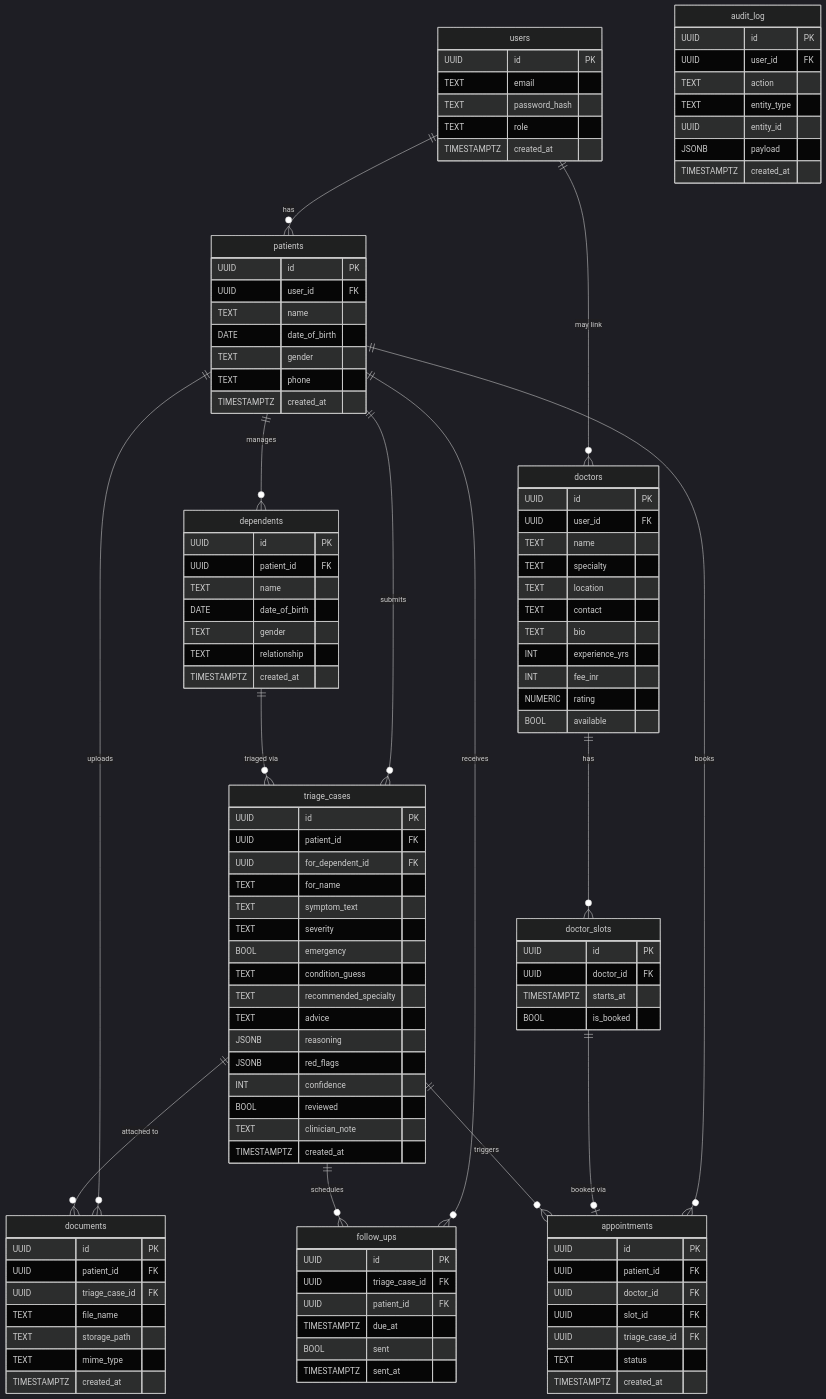
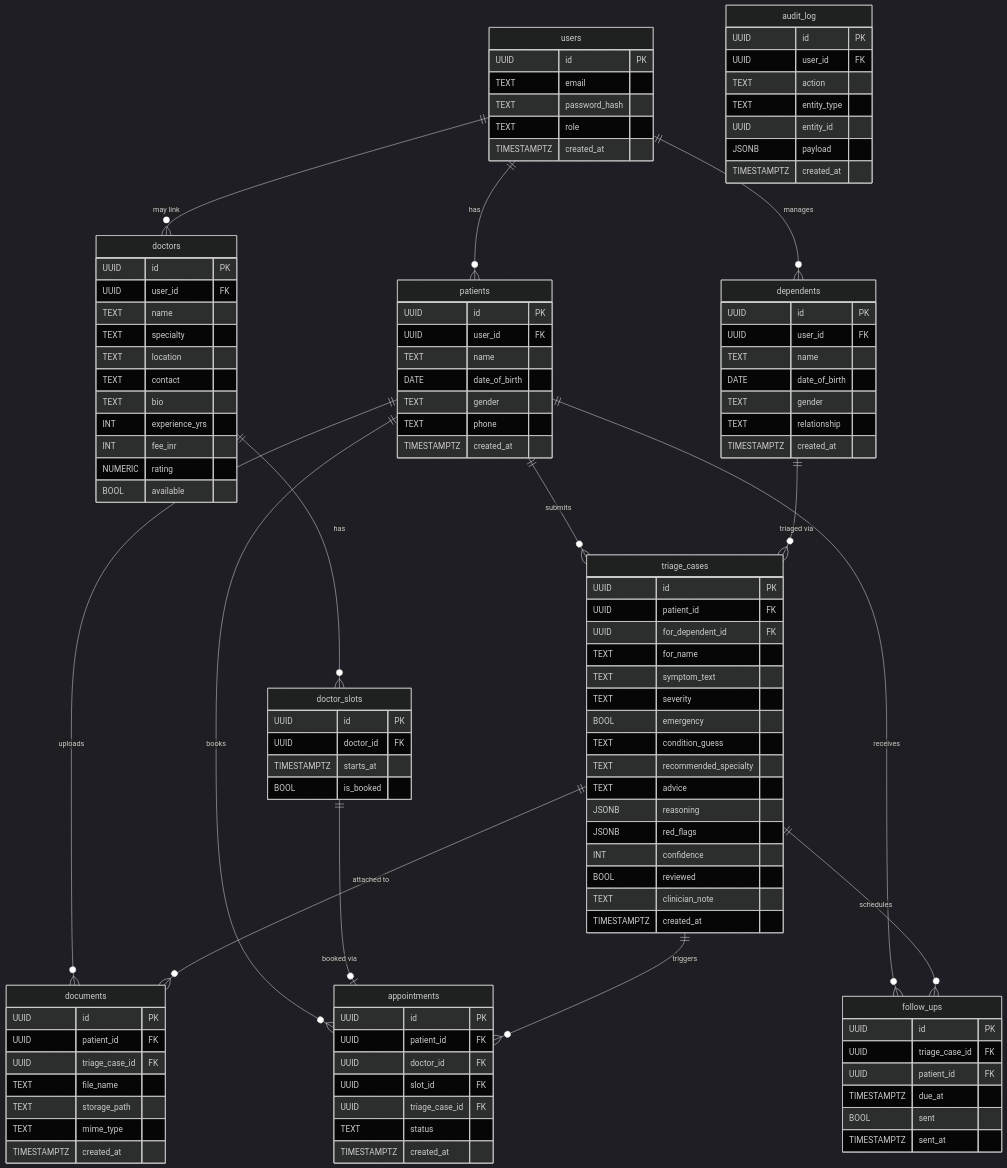
Before and after one commit to Dealer-09/CareRoute: the third of 3 diagrams in README.md, drawn with Mermaid (dark theme). The commit also changed other lines of this file, not shown here.

```diff
--- a/README.md
+++ b/README.md
@@ -208,7 +212,7 @@
     }
     dependents {
         UUID id PK
-        UUID patient_id FK
+        UUID user_id FK
         TEXT name
         DATE date_of_birth
         TEXT gender
@@ -290,7 +294,7 @@
 
     users ||--o{ patients : "has"
     users ||--o{ doctors : "may link"
-    patients ||--o{ dependents : "manages"
+    users ||--o{ dependents : "manages"
     patients ||--o{ triage_cases : "submits"
     dependents ||--o{ triage_cases : "triaged via"
     patients ||--o{ documents : "uploads"
```
